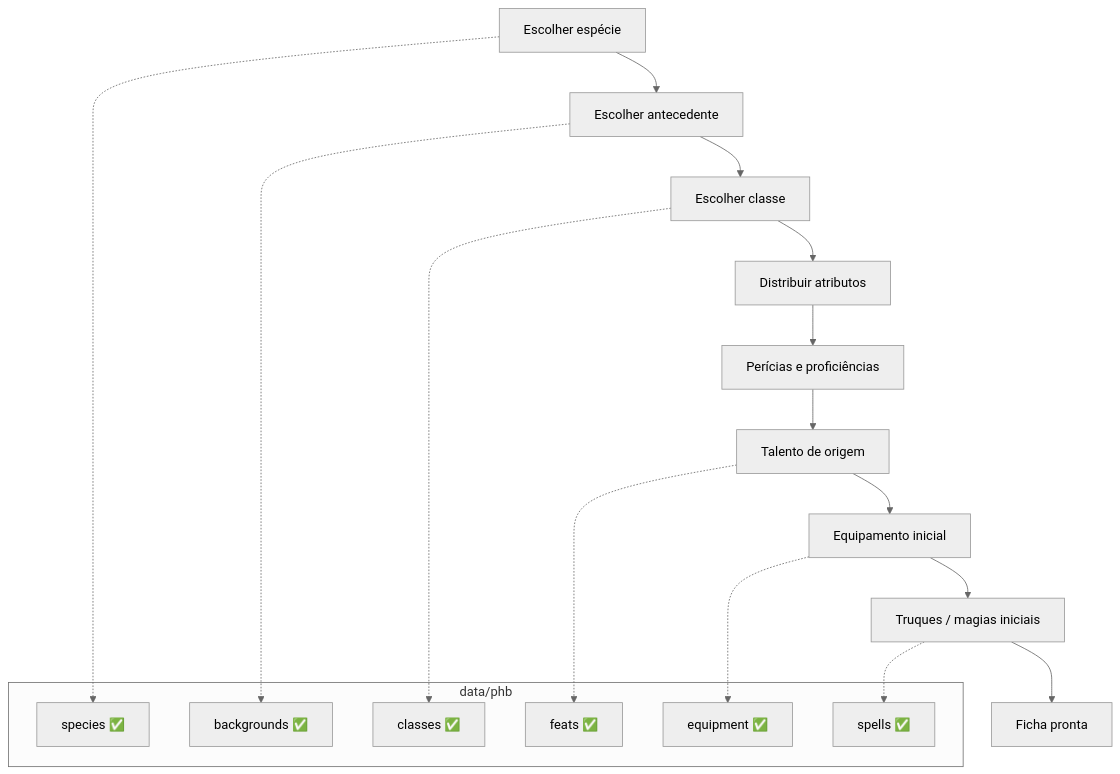
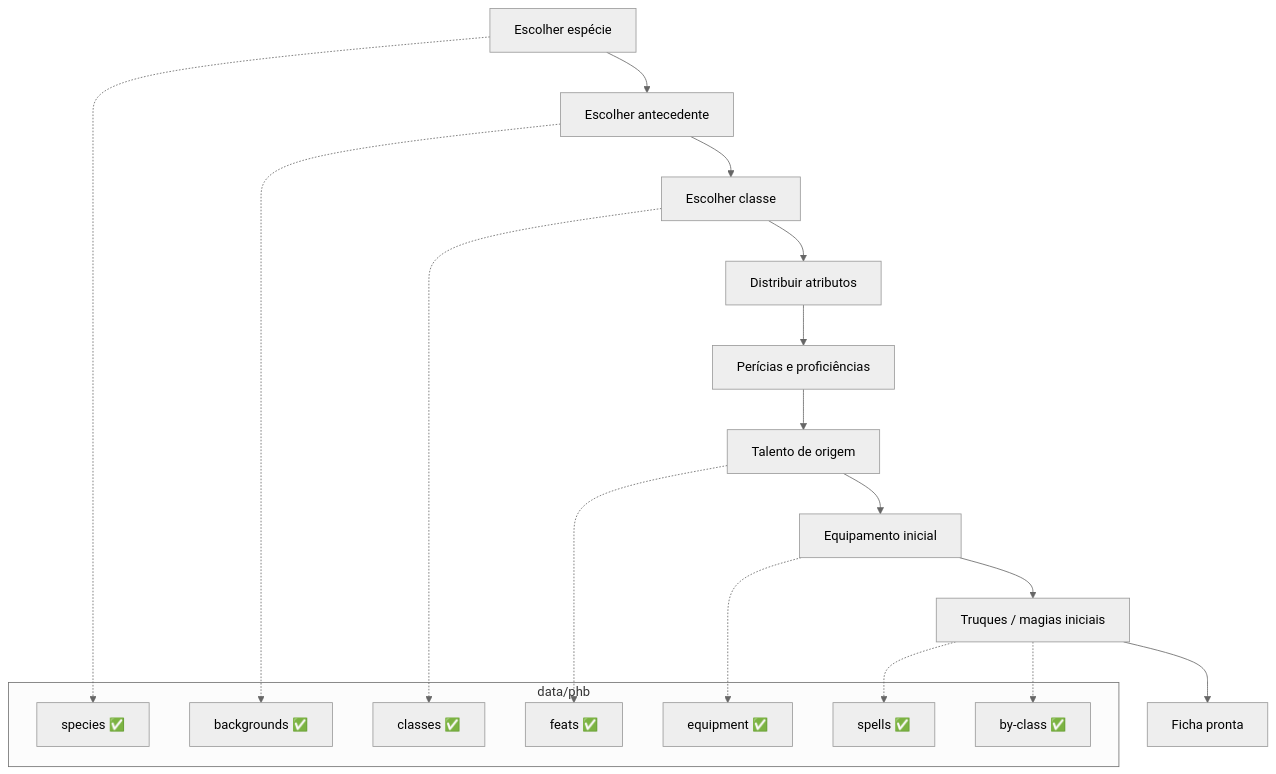
One commit to Lucas-PB1/dnd-back changed the diagram in FICHAS.md. Above: the diagram before and after it, drawn with Mermaid (neutral theme). The commit also changed other lines of this file and 43 other files, not shown here.

First line of the commit message:
Refactor character data structure and enhance RPG background schemas

````diff
--- a/FICHAS.md
+++ b/FICHAS.md
@@ -167,27 +185,29 @@
 ```mermaid
 flowchart TD
   A[Escolher espécie] --> B[Escolher antecedente]
   B --> C[Escolher classe]
   C --> D[Distribuir atributos]
   D --> E[Perícias e proficiências]
   E --> F[Talento de origem]
   F --> G[Equipamento inicial]
   G --> H[Truques / magias iniciais]
   H --> I[Ficha pronta]
 
   subgraph dados_phb [data/phb]
     S1[species ✅]
     S2[backgrounds ✅]
     S3[classes ✅]
     S4[feats ✅]
     S5[equipment ✅]
     S6[spells ✅]
+    S6b[by-class ✅]
   end
 
   A -.-> S1
   B -.-> S2
   C -.-> S3
   F -.-> S4
   G -.-> S5
   H -.-> S6
+  H -.-> S6b
 ```
````
